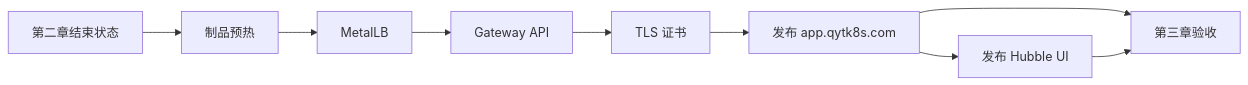
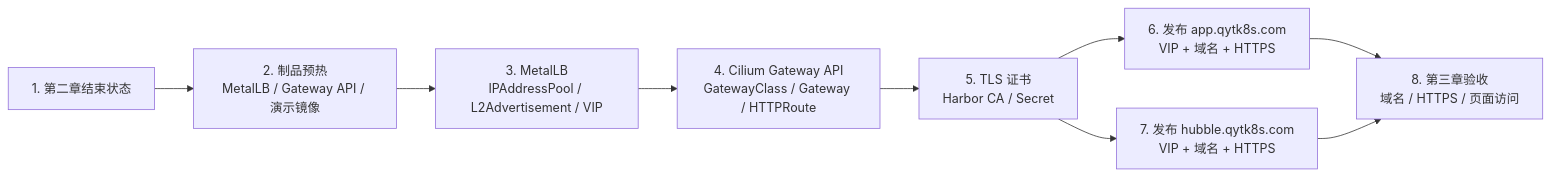
Before and after one commit to hwang-protocol/docker_k8s_2026: the diagram in k8s/03-north-south-traffic/docs/01_chapter_guide.md, drawn with Mermaid. The commit also changed other lines of this file, not shown here.

````diff
--- a/k8s/03-north-south-traffic/docs/01_chapter_guide.md
+++ b/k8s/03-north-south-traffic/docs/01_chapter_guide.md
@@ -75,20 +66,20 @@
 ```mermaid
 flowchart LR
-  start[第二章结束状态]
-  prep[制品预热]
-  metallb[MetalLB]
-  gateway[Gateway API]
-  tls[TLS 证书]
-  publish[发布 app.qytk8s.com]
-  hubble[发布 Hubble UI]
-  verify[第三章验收]
+  start[1. 第二章结束状态]
+  prep[2. 制品预热<br/>MetalLB / Gateway API / 演示镜像]
+  metallb[3. MetalLB<br/>IPAddressPool / L2Advertisement / VIP]
+  gateway[4. Cilium Gateway API<br/>GatewayClass / Gateway / HTTPRoute]
+  tls[5. TLS 证书<br/>Harbor CA / Secret]
+  app[6. 发布 app.qytk8s.com<br/>VIP + 域名 + HTTPS]
+  hubble[7. 发布 hubble.qytk8s.com<br/>VIP + 域名 + HTTPS]
+  verify[8. 第三章验收<br/>域名 / HTTPS / 页面访问]
 
   start --> prep
   prep --> metallb
   metallb --> gateway
   gateway --> tls
-  tls --> publish
-  publish --> hubble
-  publish --> verify
+  tls --> app
+  tls --> hubble
+  app --> verify
   hubble --> verify
 ```
````
